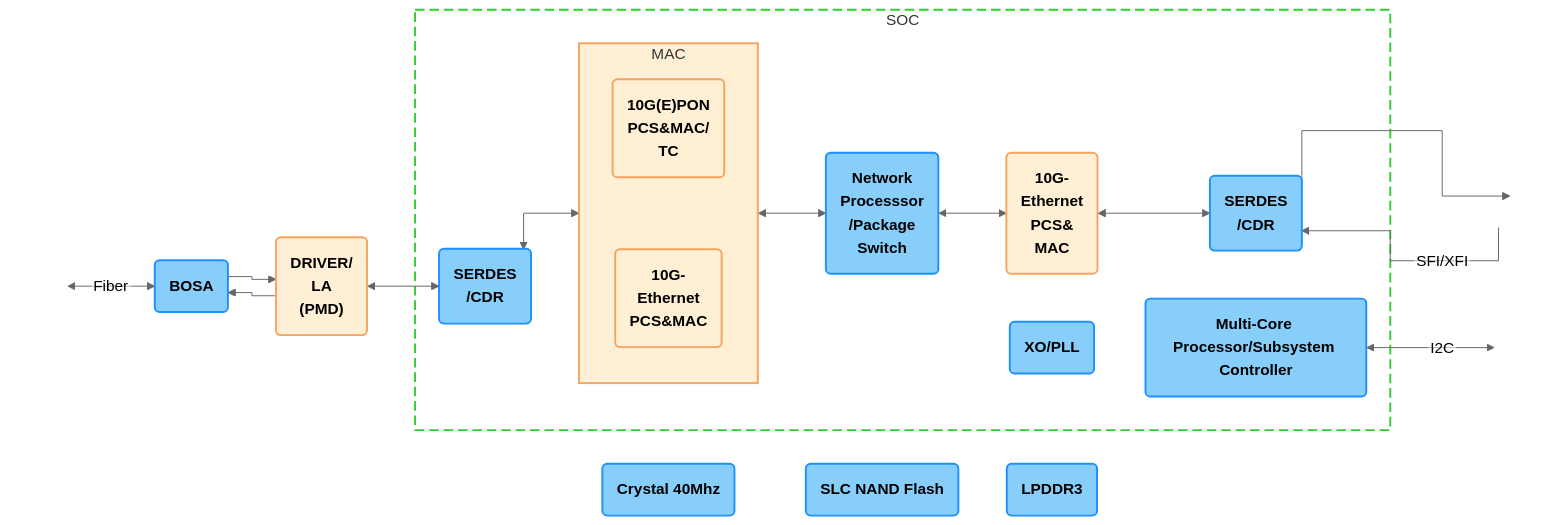
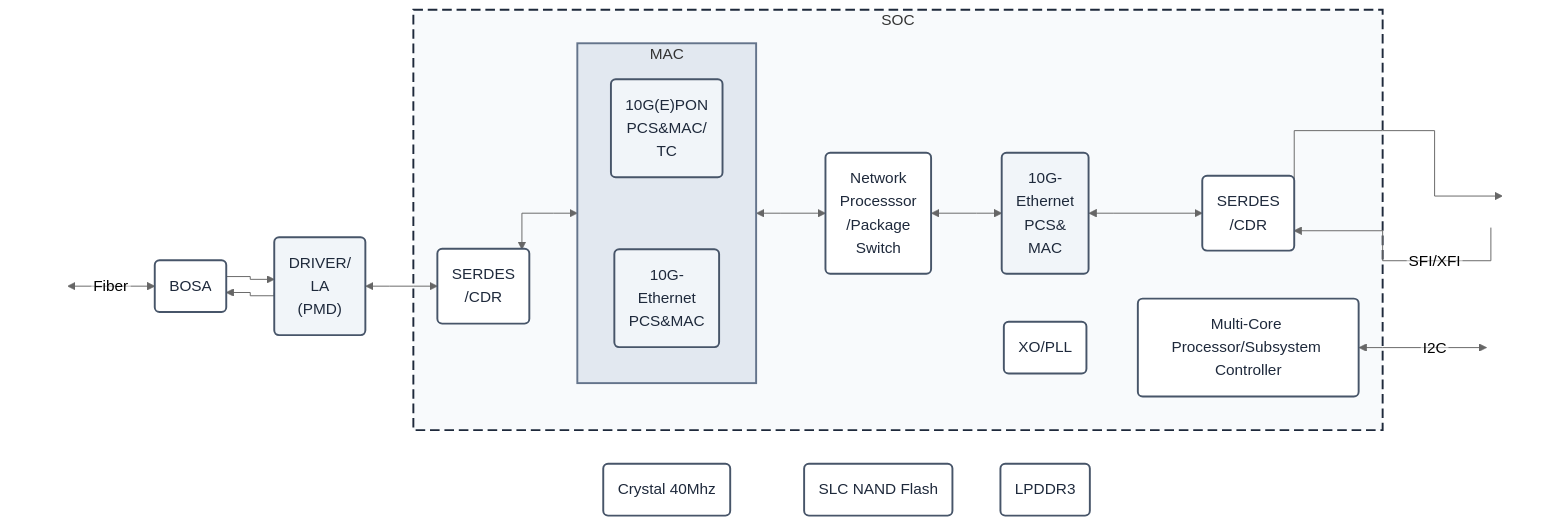
One commit to up-n-atom/8311 changed the diagram in fragments/ont/prx126-architecture.md. Above: the diagram before and after it, drawn with Mermaid (neutral theme). The commit also changed 1 other file, not shown here.

Commit message:
replicate slate theme for all mermaid diagrams

````diff
--- a/fragments/ont/prx126-architecture.md
+++ b/fragments/ont/prx126-architecture.md
@@ -6,55 +6,43 @@
 ``` mermaid
 %%{ init: { 'flowchart': { 'htmlLabels': false, 'curve': 'stepBefore' } } }%%
 flowchart LR
-    Z[" "] <--Fiber -->
-    A(BOSA)
-    B("DRIVER/
-    LA
-    (PMD)")
-    A --> B
-    B --> A
-    subgraph SOC
-        C("SERDES
-        /CDR")
-        subgraph MAC
-            D("10G(E)PON
-            PCS&MAC/
-            TC") ~~~
-            E("10G-
-            Ethernet
-            PCS&MAC")
-        end
-        C <--> MAC
-        F("Network
-        Processsor
-        /Package
-        Switch")
-        MAC <--> F
-        G("10G-
-        Ethernet
-        PCS&
-        MAC")
-        F <--> G <-->
-        H("SERDES
-        /CDR")
-        I("XO/PLL") ~~~
-        J("Multi-Core Processor/Subsystem Controller")
+  Z[" "] <-- Fiber --> A(BOSA)
+  B("DRIVER/<br/>LA<br/>(PMD)")
+  A --> B
+  B --> A
+
+  subgraph SOC
+    C("SERDES<br/>/CDR")
+    subgraph MAC
+      D("10G(E)PON<br/>PCS&MAC/<br/>TC") ~~~
+      E("10G-<br/>Ethernet<br/>PCS&MAC")
     end
-    B <--> C
-    Y[" "]
-    Y -- SFI/XFI --> H
-    H --> Y
-    J <-- I2C --> X[" "]
-    SOC ~~~
-    K("Crystal 40Mhz") ~~~
-    L("SLC NAND Flash") ~~~
-    M("LPDDR3")
-    style SOC fill:transparent,stroke:limegreen,stroke-width:2px,color:#fff,stroke-dasharray: 10 5
-    style MAC fill:PapayaWhip,stroke:SandyBrown,color:transparent,stroke-width:2px
-    classDef SEA fill:LightSkyBlue,font-weight:bold,stroke:DodgerBlue,stroke-width:2px
-    classDef CORAL fill:PapayaWhip,font-weight:bold,stroke:SandyBrown,stroke-width:2px
-    classDef CLEAR fill:transparent,stroke:transparent,color:transparent
-    class A,C,F,G,I,J,K,H,L,M SEA
-    class B,D,E,G CORAL
-    class Z,Y,X CLEAR
+    C <--> MAC
+    F("Network<br/>Processsor<br/>/Package<br/>Switch")
+    MAC <--> F
+    G("10G-<br/>Ethernet<br/>PCS&<br/>MAC")
+    F <--> G <--> H("SERDES<br/>/CDR")
+    I("XO/PLL") ~~~
+    J("Multi-Core Processor/Subsystem Controller")
+  end
+
+  B <--> C
+  Y[" "]
+  Y -- SFI/XFI --> H
+  H --> Y
+  J <-- I2C --> X[" "]
+
+  SOC ~~~ K("Crystal 40Mhz") ~~~ L("SLC NAND Flash") ~~~ M("LPDDR3")
+
+  classDef slateNode fill:#ffffff,stroke:#475569,stroke-width:2px,color:#1e293b
+  classDef slateHighlight fill:#f1f5f9,stroke:#475569,stroke-width:2px,color:#1e293b
+  classDef slateInterface fill:#334155,stroke:#1e293b,color:#ffffff,font-weight:bold
+  classDef ghost fill:transparent,stroke:transparent,color:transparent
+
+  style SOC fill:#f8fafc,stroke:#1e293b,stroke-width:2px,stroke-dasharray: 10 5
+  style MAC fill:#e2e8f0,stroke:#64748b,stroke-width:2px
+
+  class A,C,F,H,I,J,K,L,M slateNode
+  class B,D,E,G slateHighlight
+  class Z,Y,X ghost
 ```
````
